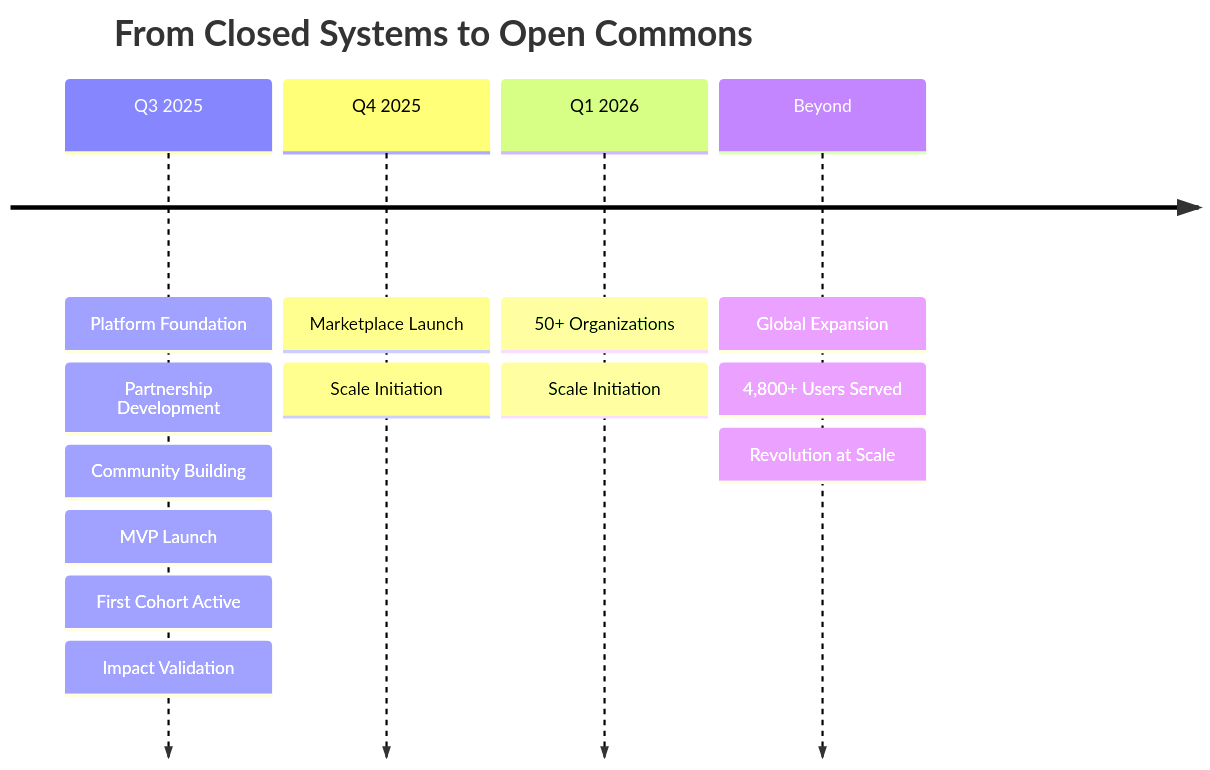
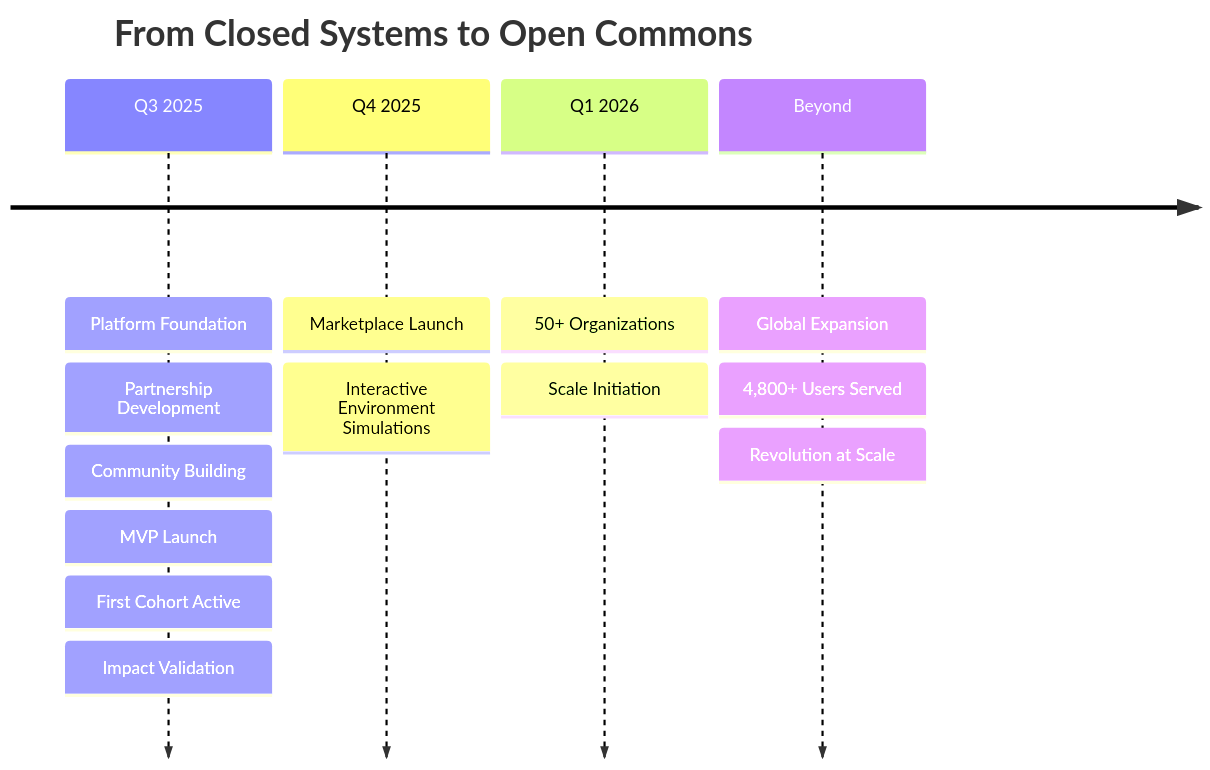
One commit to briefcasebrain/.github changed the diagram in profile/README.md. Above: the diagram before and after it, drawn with Mermaid.

````diff
--- a/profile/README.md
+++ b/profile/README.md
@@ -121,21 +121,21 @@
 ```mermaid
 timeline
     title From Closed Systems to Open Commons
     
     Q3 2025  : Platform Foundation
              : Partnership Development
              : Community Building
              : MVP Launch
              : First Cohort Active
              : Impact Validation
     
     Q4 2025  : Marketplace Launch
-             : Scale Initiation
+             : Interactive Environment Simulations
 
     Q1 2026  : 50+ Organizations
              : Scale Initiation
     
     Beyond   : Global Expansion
              : 4,800+ Users Served
              : Revolution at Scale
 ```
````
